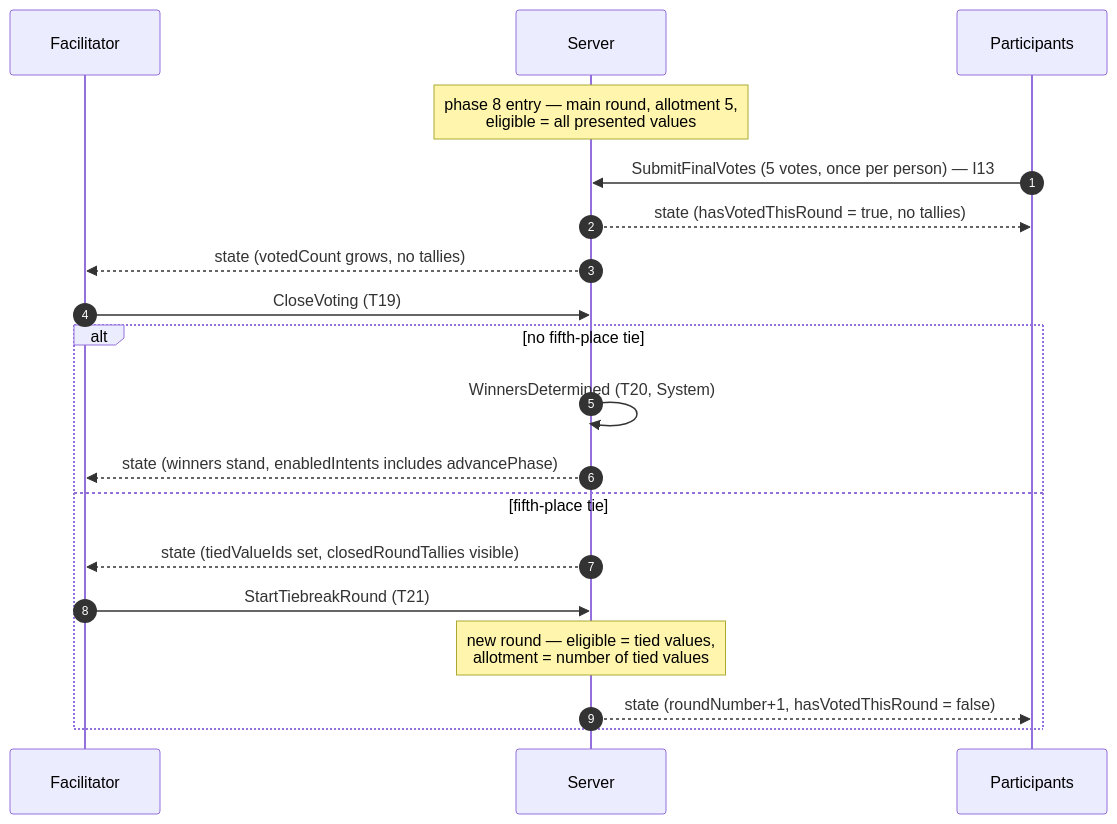
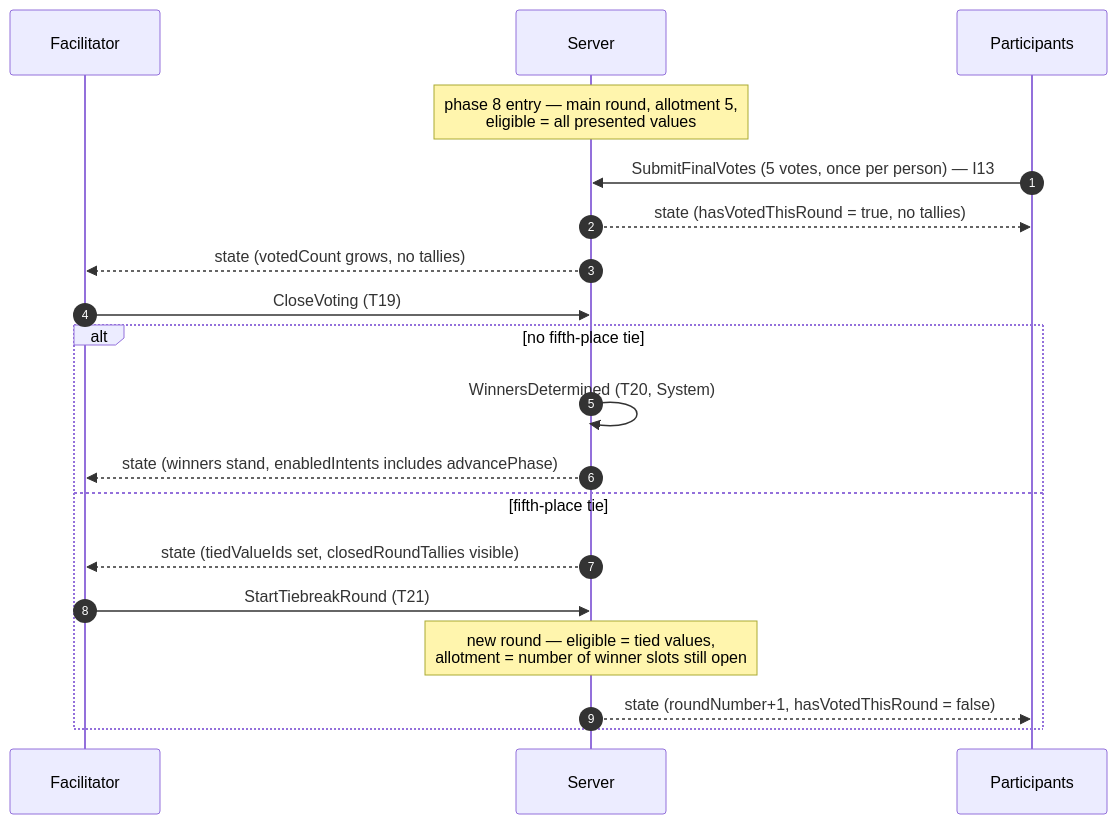
One commit to JakobKrummeich/ValuesWorkshop changed the fifth of 5 diagrams in design/protocol.md. Above: the diagram before and after it, drawn with Mermaid. The commit also changed other lines of this file and 6 other files, not shown here.

Commit message:
State the slots-still-open allotment rule across the design docs

````diff
--- a/design/protocol.md
+++ b/design/protocol.md
@@ -609,22 +609,22 @@
 ```mermaid
 sequenceDiagram
   autonumber
   participant F as Facilitator
   participant S as Server
   participant P as Participants
 
   Note over S: phase 8 entry — main round, allotment 5,<br/>eligible = all presented values
   P->>S: SubmitFinalVotes (5 votes, once per person) — I13
   S-->>P: state (hasVotedThisRound = true, no tallies)
   S-->>F: state (votedCount grows, no tallies)
   F->>S: CloseVoting (T19)
   alt no fifth-place tie
     S->>S: WinnersDetermined (T20, System)
     S-->>F: state (winners stand, enabledIntents includes advancePhase)
   else fifth-place tie
     S-->>F: state (tiedValueIds set, closedRoundTallies visible)
     F->>S: StartTiebreakRound (T21)
-    Note over S: new round — eligible = tied values,<br/>allotment = number of tied values
+    Note over S: new round — eligible = tied values,<br/>allotment = number of winner slots still open
     S-->>P: state (roundNumber+1, hasVotedThisRound = false)
   end
 ```
````
